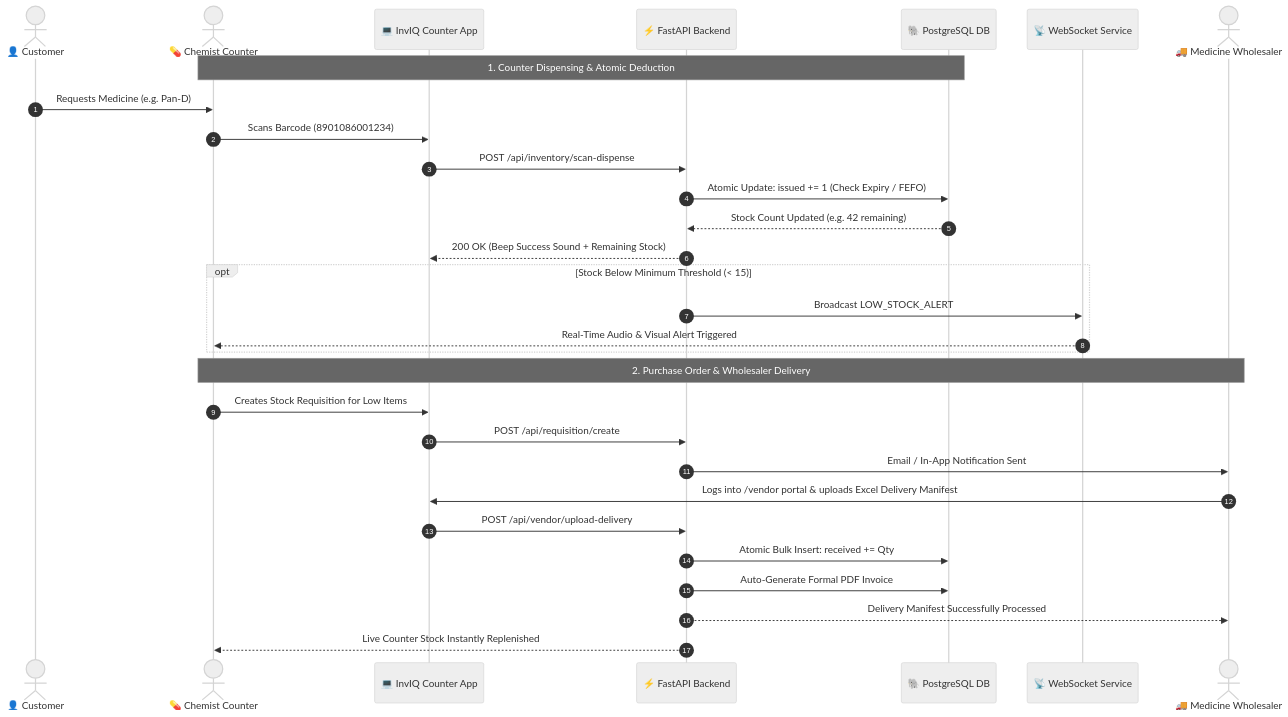
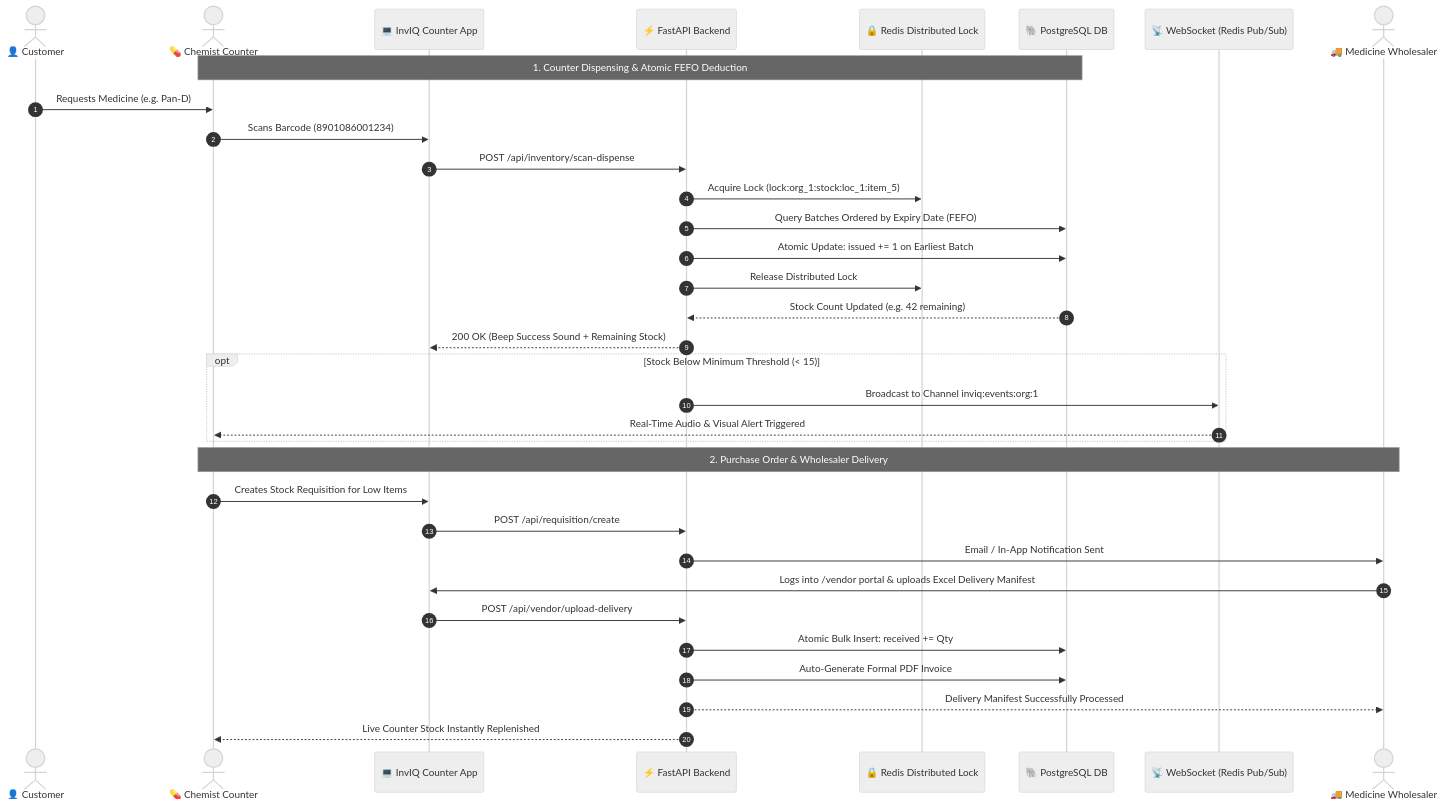
One commit to Rohitdas07x/inVIQ changed the second of 4 diagrams in README.md. Above: the diagram before and after it, drawn with Mermaid (neutral theme). The commit also changed other lines of this file and 3 other files, not shown here.

````diff
--- a/README.md
+++ b/README.md
@@ -213,35 +234,39 @@
 ```mermaid
 sequenceDiagram
     autonumber
     actor Customer as 👤 Customer
     actor Chemist as 💊 Chemist Counter
     participant App as 💻 InvIQ Counter App
     participant API as ⚡ FastAPI Backend
+    participant Lock as 🔒 Redis Distributed Lock
     participant DB as 🐘 PostgreSQL DB
-    participant WS as 📡 WebSocket Service
+    participant WS as 📡 WebSocket (Redis Pub/Sub)
     actor Supplier as 🚚 Medicine Wholesaler
 
-    Note over Chemist,DB: 1. Counter Dispensing & Atomic Deduction
+    Note over Chemist,DB: 1. Counter Dispensing & Atomic FEFO Deduction
     Customer->>Chemist: Requests Medicine (e.g. Pan-D)
     Chemist->>App: Scans Barcode (8901086001234)
     App->>API: POST /api/inventory/scan-dispense
-    API->>DB: Atomic Update: issued += 1 (Check Expiry / FEFO)
+    API->>Lock: Acquire Lock (lock:org_1:stock:loc_1:item_5)
+    API->>DB: Query Batches Ordered by Expiry Date (FEFO)
+    API->>DB: Atomic Update: issued += 1 on Earliest Batch
+    API->>Lock: Release Distributed Lock
     DB-->>API: Stock Count Updated (e.g. 42 remaining)
     API-->>App: 200 OK (Beep Success Sound + Remaining Stock)
     
     opt Stock Below Minimum Threshold (< 15)
-        API->>WS: Broadcast LOW_STOCK_ALERT
+        API->>WS: Broadcast to Channel inviq:events:org:1
         WS-->>Chemist: Real-Time Audio & Visual Alert Triggered
     end
 
     Note over Chemist,Supplier: 2. Purchase Order & Wholesaler Delivery
     Chemist->>App: Creates Stock Requisition for Low Items
     App->>API: POST /api/requisition/create
     API->>Supplier: Email / In-App Notification Sent
     Supplier->>App: Logs into /vendor portal & uploads Excel Delivery Manifest
     App->>API: POST /api/vendor/upload-delivery
     API->>DB: Atomic Bulk Insert: received += Qty
     API->>DB: Auto-Generate Formal PDF Invoice
     API-->>Supplier: Delivery Manifest Successfully Processed
     API-->>Chemist: Live Counter Stock Instantly Replenished
 ```
````
